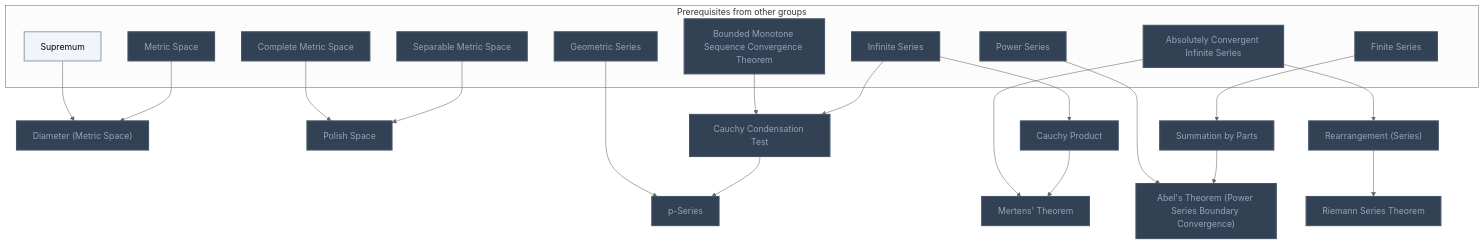
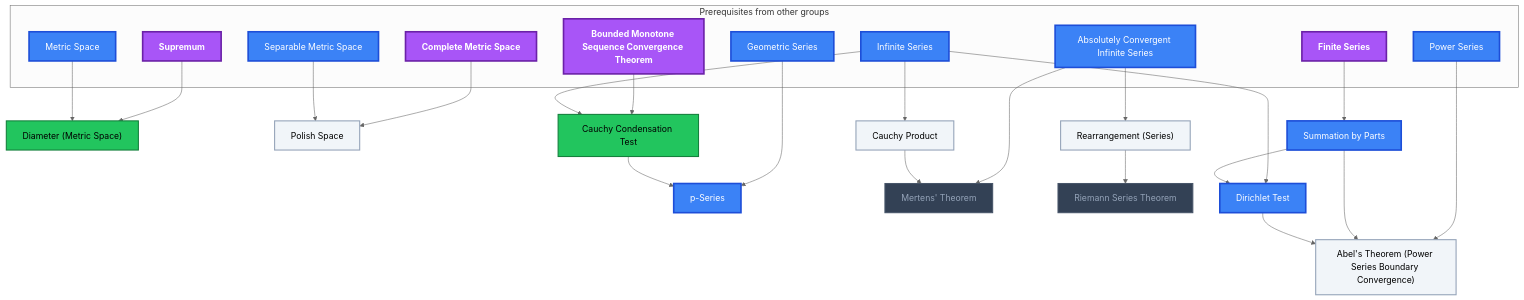
Before and after one commit to MRauf1/My-Notes: the fifth of 22 diagrams in Gamification/Skill Trees/Real Analysis.md, drawn with Mermaid (neutral theme). The commit also changed other lines of this file and 145 other files, not shown here.

````diff
--- a/Gamification/Skill Trees/Real Analysis.md
+++ b/Gamification/Skill Trees/Real Analysis.md
@@ -493,53 +498,60 @@
 ```mermaid
 flowchart TD
     classDef planned fill:#1E293B,stroke:#64748B,stroke-width:2px,stroke-dasharray:5 5,color:#94A3B8;
     classDef locked fill:#334155,stroke:#475569,stroke-width:2px,color:#94A3B8;
     classDef L0 fill:#F1F5F9,stroke:#94A3B8,stroke-width:2px,color:#000000;
     classDef L1 fill:#22C55E,stroke:#15803D,stroke-width:2px,color:#000000;
     classDef L2 fill:#3B82F6,stroke:#1D4ED8,stroke-width:3px,color:#FFFFFF;
     classDef L3 fill:#A855F7,stroke:#6B21A8,stroke-width:3px,color:#FFFFFF,font-weight:bold;
     classDef L4 fill:#F97316,stroke:#C2410C,stroke-width:4px,color:#000000,font-weight:bold;
     classDef L5 fill:#FFD700,stroke:#FF8C00,stroke-width:5px,color:#000000,font-weight:bold;
     classDef rusty stroke:#8B4513,stroke-width:4px,stroke-dasharray:3 3;
     subgraph sg_prereqs["Prerequisites from other groups"]
         n_supremum["Supremum"]
         n_metric_space["Metric Space"]
         n_complete_metric_space["Complete Metric Space"]
         n_separable_metric_space["Separable Metric Space"]
         n_bounded_monotone_sequence_convergence_theorem["Bounded Monotone Sequence Convergence Theorem"]
         n_infinite_series["Infinite Series"]
         n_geometric_series["Geometric Series"]
         n_finite_series["Finite Series"]
         n_power_series["Power Series"]
         n_absolutely_convergent_infinite_series["Absolutely Convergent Infinite Series"]
     end
     n_diameter_metric_space["Diameter (Metric Space)"]
     n_polish_space["Polish Space"]
     n_cauchy_condensation_test["Cauchy Condensation Test"]
     n_p_series["p-Series"]
     n_summation_by_parts["Summation by Parts"]
     n_abel_s_theorem_power_series_boundary_convergence["Abel's Theorem (Power Series Boundary Convergence)"]
     n_cauchy_product["Cauchy Product"]
     n_mertens_theorem["Mertens' Theorem"]
     n_rearrangement_series["Rearrangement (Series)"]
     n_riemann_series_theorem["Riemann Series Theorem"]
+    n_dirichlet_test["Dirichlet Test"]
     n_supremum --> n_diameter_metric_space
     n_metric_space --> n_diameter_metric_space
     n_complete_metric_space --> n_polish_space
     n_separable_metric_space --> n_polish_space
     n_bounded_monotone_sequence_convergence_theorem --> n_cauchy_condensation_test
     n_infinite_series --> n_cauchy_condensation_test
     n_geometric_series --> n_p_series
     n_cauchy_condensation_test --> n_p_series
     n_finite_series --> n_summation_by_parts
     n_power_series --> n_abel_s_theorem_power_series_boundary_convergence
     n_summation_by_parts --> n_abel_s_theorem_power_series_boundary_convergence
     n_infinite_series --> n_cauchy_product
     n_absolutely_convergent_infinite_series --> n_mertens_theorem
     n_cauchy_product --> n_mertens_theorem
     n_absolutely_convergent_infinite_series --> n_rearrangement_series
     n_rearrangement_series --> n_riemann_series_theorem
-    class n_metric_space,n_complete_metric_space,n_separable_metric_space,n_bounded_monotone_sequence_convergence_theorem,n_infinite_series,n_geometric_series,n_finite_series,n_power_series,n_absolutely_convergent_infinite_series,n_diameter_metric_space,n_polish_space,n_cauchy_condensation_test,n_p_series,n_summation_by_parts,n_abel_s_theorem_power_series_boundary_convergence,n_cauchy_product,n_mertens_theorem,n_rearrangement_series,n_riemann_series_theorem locked;
-    class n_supremum L0;
-    class n_supremum,n_metric_space,n_complete_metric_space,n_separable_metric_space,n_bounded_monotone_sequence_convergence_theorem,n_infinite_series,n_geometric_series,n_finite_series,n_power_series,n_absolutely_convergent_infinite_series,n_diameter_metric_space,n_polish_space,n_cauchy_condensation_test,n_p_series,n_summation_by_parts,n_abel_s_theorem_power_series_boundary_convergence,n_cauchy_product,n_mertens_theorem,n_rearrangement_series,n_riemann_series_theorem internal-link;
+    n_infinite_series --> n_dirichlet_test
+    n_summation_by_parts --> n_dirichlet_test
+    n_dirichlet_test --> n_abel_s_theorem_power_series_boundary_convergence
+    class n_mertens_theorem,n_riemann_series_theorem locked;
+    class n_polish_space,n_abel_s_theorem_power_series_boundary_convergence,n_cauchy_product,n_rearrangement_series L0;
+    class n_diameter_metric_space,n_cauchy_condensation_test L1;
+    class n_metric_space,n_separable_metric_space,n_infinite_series,n_geometric_series,n_power_series,n_absolutely_convergent_infinite_series,n_p_series,n_summation_by_parts,n_dirichlet_test L2;
+    class n_supremum,n_complete_metric_space,n_bounded_monotone_sequence_convergence_theorem,n_finite_series L3;
+    class n_supremum,n_metric_space,n_complete_metric_space,n_separable_metric_space,n_bounded_monotone_sequence_convergence_theorem,n_infinite_series,n_geometric_series,n_finite_series,n_power_series,n_absolutely_convergent_infinite_series,n_diameter_metric_space,n_polish_space,n_cauchy_condensation_test,n_p_series,n_summation_by_parts,n_abel_s_theorem_power_series_boundary_convergence,n_cauchy_product,n_mertens_theorem,n_rearrangement_series,n_riemann_series_theorem,n_dirichlet_test internal-link;
 ```
````
